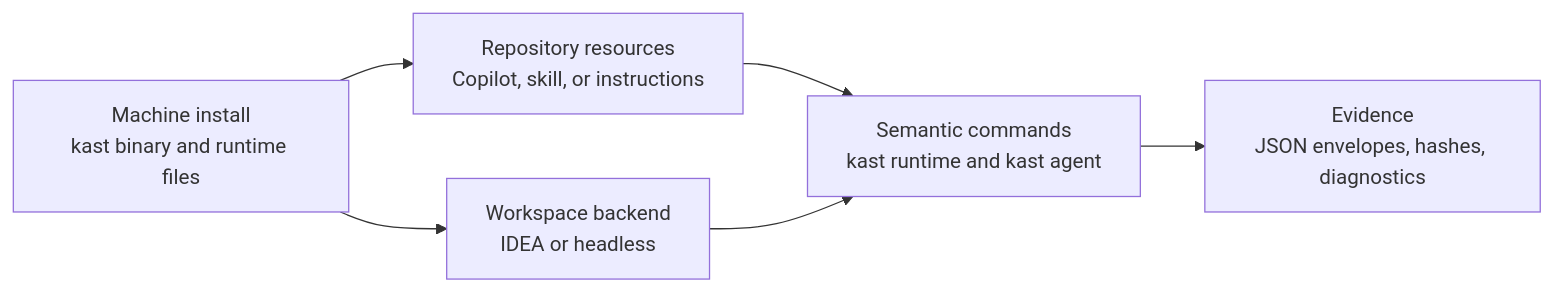
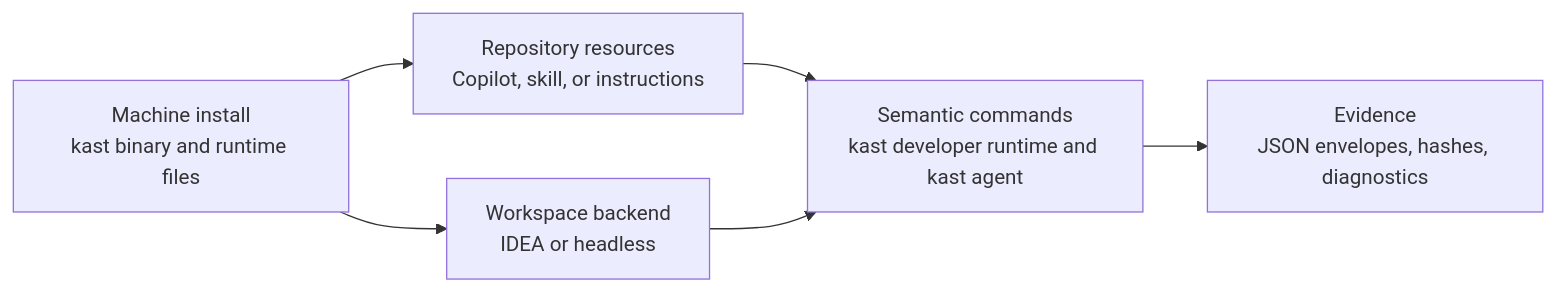
Before and after one commit to amichne/kast: the diagram in docs/index.md, drawn with Mermaid. The commit also changed other lines of this file and 81 other files, not shown here.

````diff
--- a/docs/index.md
+++ b/docs/index.md
@@ -54,14 +54,14 @@
 ```mermaid
 flowchart LR
     machine["Machine install<br/>kast binary and runtime files"]
     repo["Repository resources<br/>Copilot, skill, or instructions"]
     backend["Workspace backend<br/>IDEA or headless"]
-    commands["Semantic commands<br/>kast runtime and kast agent"]
+    commands["Semantic commands<br/>kast developer runtime and kast agent"]
     evidence["Evidence<br/>JSON envelopes, hashes, diagnostics"]
 
     machine --> repo
     machine --> backend
     repo --> commands
     backend --> commands
     commands --> evidence
 ```
````
